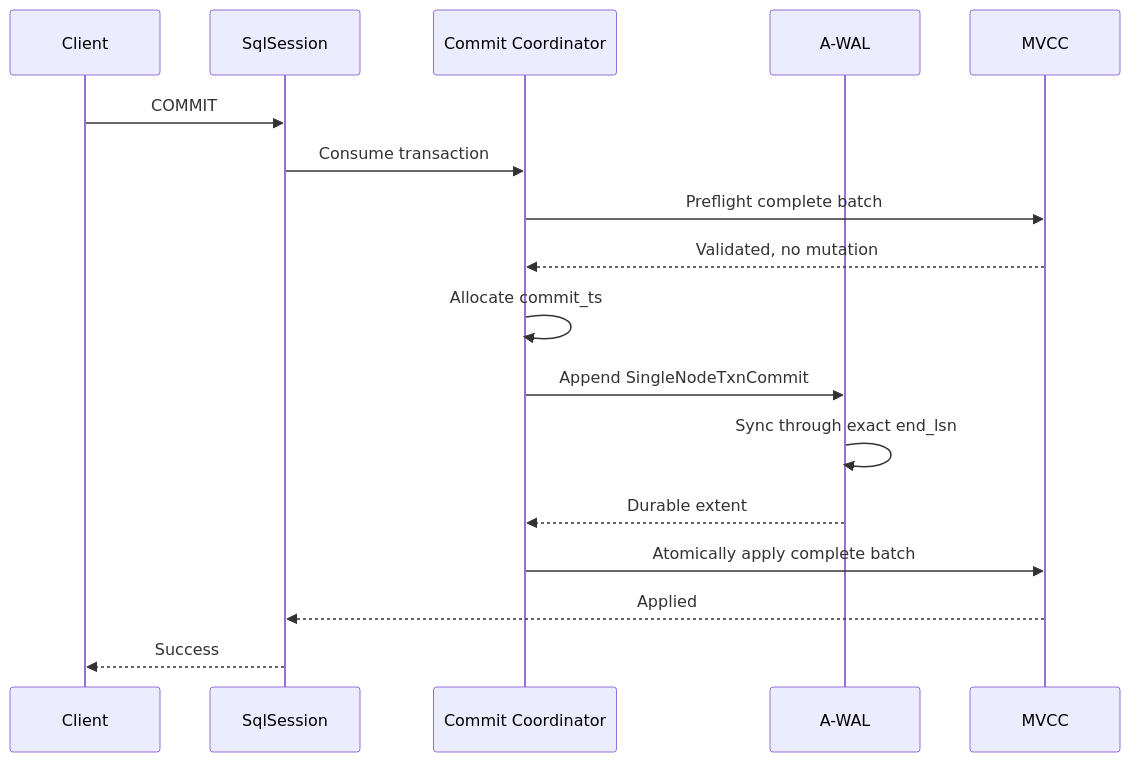
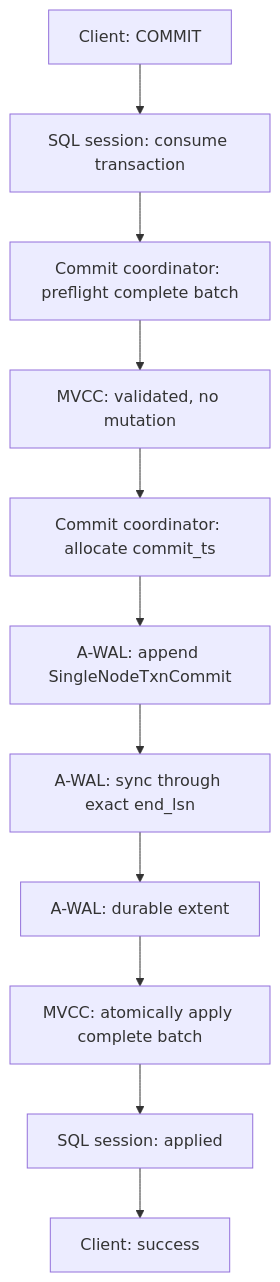
Before and after one commit to Aditya-1304/ragnordb: the seventh of 8 diagrams in README.md, drawn with Mermaid. The commit also changed other lines of this file, not shown here.

Commit message:
fixed the mermaid issues in the readme

````diff
--- a/README.md
+++ b/README.md
@@ -1977,20 +1971,13 @@
 ```mermaid
-sequenceDiagram
-    participant C as Client
-    participant S as SqlSession
-    participant T as Commit Coordinator
-    participant W as A-WAL
-    participant M as MVCC
-
-    C->>S: COMMIT
-    S->>T: Consume transaction
-    T->>M: Preflight complete batch
-    M-->>T: Validated, no mutation
-    T->>T: Allocate commit_ts
-    T->>W: Append SingleNodeTxnCommit
-    W->>W: Sync through exact end_lsn
-    W-->>T: Durable extent
-    T->>M: Atomically apply complete batch
-    M-->>S: Applied
-    S-->>C: Success
+flowchart TD
+    C["Client: COMMIT"] --> S["SQL session: consume transaction"]
+    S --> T["Commit coordinator: preflight complete batch"]
+    T --> V["MVCC: validated, no mutation"]
+    V --> A["Commit coordinator: allocate commit_ts"]
+    A --> W["A-WAL: append SingleNodeTxnCommit"]
+    W --> Y["A-WAL: sync through exact end_lsn"]
+    Y --> D["A-WAL: durable extent"]
+    D --> P["MVCC: atomically apply complete batch"]
+    P --> R["SQL session: applied"]
+    R --> O["Client: success"]
 ```
````
